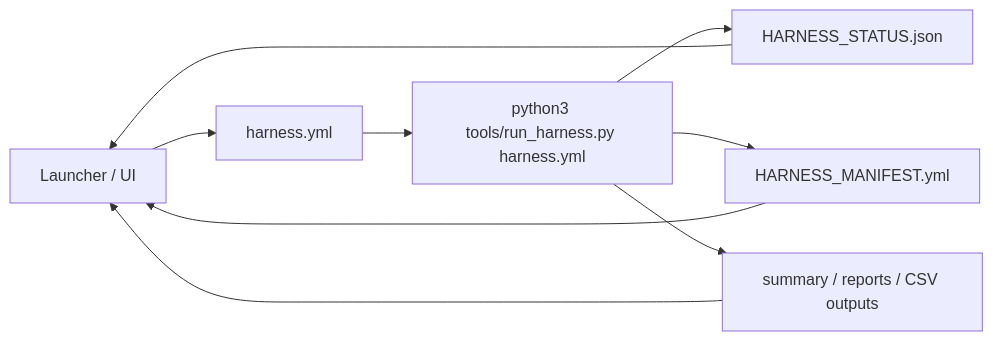
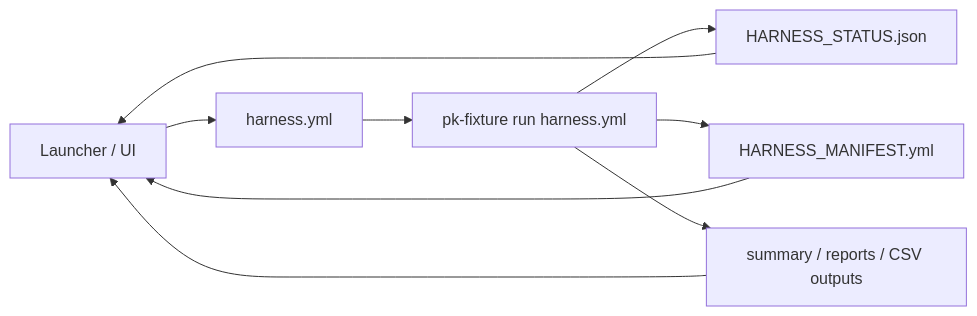
Before and after one commit to Y-Fukiya/pkdummy-harness: the diagram in docs/LAUNCHER_CONTRACT.md, drawn with Mermaid. The commit also changed other lines of this file and 14 other files, not shown here.

````diff
--- a/docs/LAUNCHER_CONTRACT.md
+++ b/docs/LAUNCHER_CONTRACT.md
@@ -9,11 +9,11 @@
 ```mermaid
 flowchart LR
     A["Launcher / UI"] --> B["harness.yml"]
-    B --> C["python3 tools/run_harness.py harness.yml"]
+    B --> C["pk-fixture run harness.yml"]
     C --> D["HARNESS_STATUS.json"]
     C --> E["HARNESS_MANIFEST.yml"]
 C --> F["summary / reports / CSV outputs"]
     D --> A
     E --> A
     F --> A
 ```
````
